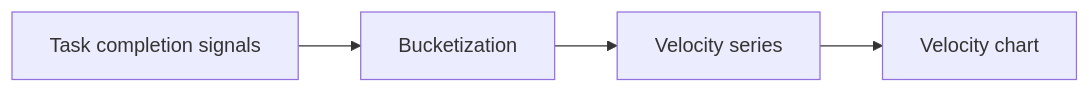
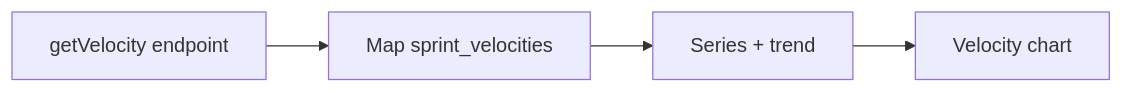
The second of 2 diagrams in plan/plan_55_Velocity_Semantics_and_Labels.md (KonstKit/po_helper), drawn with Mermaid before and after one commit. The commit also changed other lines of this file and 17 other files, not shown here.

````diff
--- a/plan/plan_55_Velocity_Semantics_and_Labels.md
+++ b/plan/plan_55_Velocity_Semantics_and_Labels.md
@@ -74,6 +74,6 @@
 ```mermaid
 flowchart LR
-    Tasks[Task completion signals] --> Bucket[Bucketization]
-    Bucket --> Series[Velocity series]
+    API[getVelocity endpoint] --> Bucket[Map sprint_velocities]
+    Bucket --> Series[Series + trend]
     Series --> Chart[Velocity chart]
 ```
````
